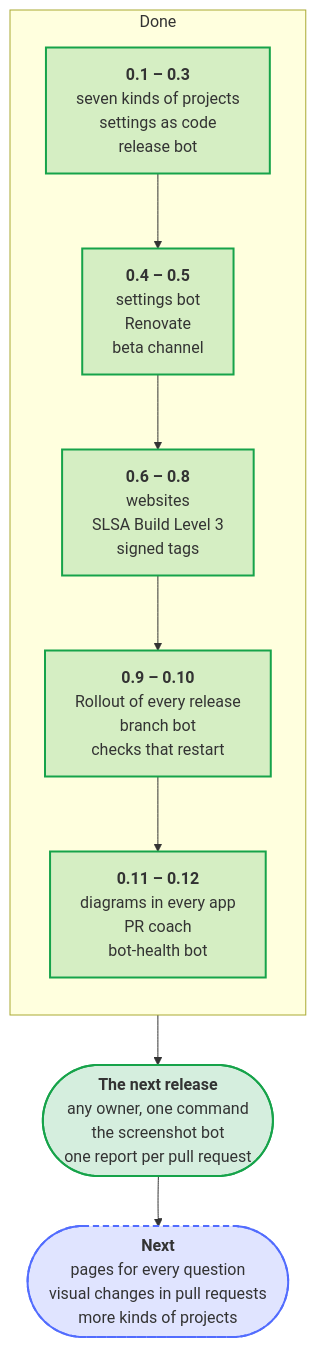
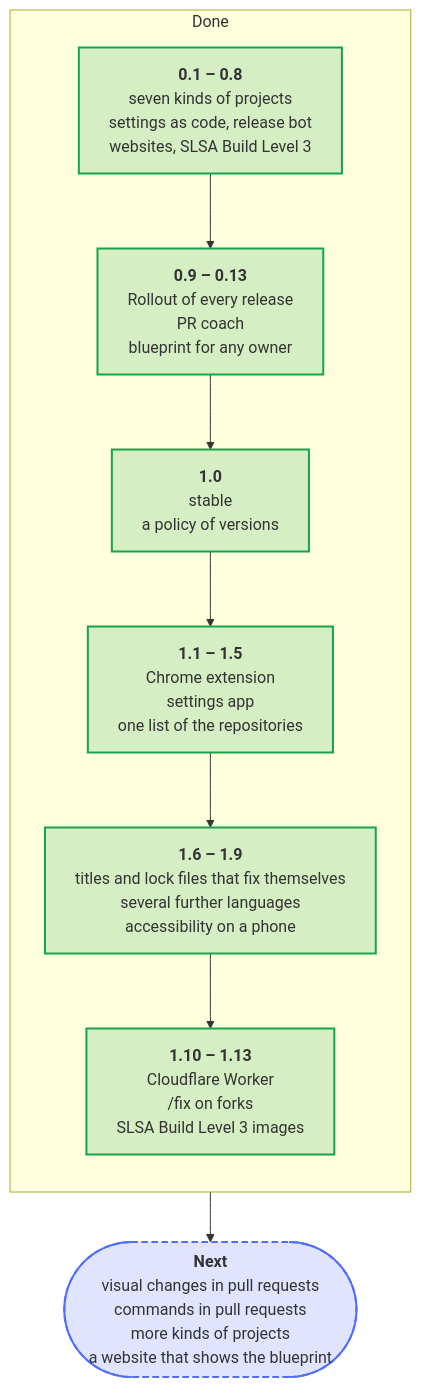
The diagram in docs/diagrams/the-larger-steps-of-the-blueprint.mmd (Dennis-Otto/repo-blueprint), drawn with Mermaid before and after one commit. The commit also changed 4 other files, not shown here.

First line of the commit message:
docs: the roadmap shows what 1.0 to 1.13 brought and what comes next (#709)

```diff
--- a/docs/diagrams/the-larger-steps-of-the-blueprint.mmd
+++ b/docs/diagrams/the-larger-steps-of-the-blueprint.mmd
@@ -1,27 +1,27 @@
 ---
 config:
   flowchart:
     wrappingWidth: 400
 ---
 flowchart TB
     accTitle: The larger steps of the blueprint
-    accDescr: 0.1 to 0.3 brought seven kinds of projects, the settings as code and the release bot; 0.4 and 0.5 the settings bot, Renovate and the beta channel; 0.6 to 0.8 the websites, SLSA Build Level 3 and signed tags; 0.9 and 0.10 the Rollout of every release, the branch bot and checks that get going again; 0.11 and 0.12 the diagrams that every app shows, the PR coach and the bot-health bot. The next release brings the blueprint for any owner, the screenshot bot and one report on every pull request; next come pages for every question, visual changes in pull requests and more kinds of projects.
+    accDescr: 0.1 to 0.8 brought seven kinds of projects, the settings as code, the release bot, the websites and SLSA Build Level 3; 0.9 to 0.13 the Rollout of every release, the PR coach and the blueprint for any owner; 1.0 made it stable, with a policy of versions; 1.1 to 1.5 brought the Chrome extension, the settings app and one list of the repositories; 1.6 to 1.9 titles and lock files that fix themselves, several further languages and the accessibility check at the width of a phone; 1.10 to 1.13 the Cloudflare Worker, /fix on forks and container images at SLSA Build Level 3. Next come visual changes and commands in pull requests, more kinds of projects and a website that shows the blueprint.
 
     subgraph done ["Done"]
         direction TB
-        early["`**0.1 – 0.3**<br>seven kinds of projects<br>settings as code<br>release bot`"]
-        middle["`**0.4 – 0.5**<br>settings bot<br>Renovate<br>beta channel`"]
-        late["`**0.6 – 0.8**<br>websites<br>SLSA Build Level 3<br>signed tags`"]
-        rollout["`**0.9 – 0.10**<br>Rollout of every release<br>branch bot<br>checks that restart`"]
-        recent["`**0.11 – 0.12**<br>diagrams in every app<br>PR coach<br>bot-health bot`"]
-        early --> middle --> late --> rollout --> recent
+        early["`**0.1 – 0.8**<br>seven kinds of projects<br>settings as code, release bot<br>websites, SLSA Build Level 3`"]
+        rollout["`**0.9 – 0.13**<br>Rollout of every release<br>PR coach<br>blueprint for any owner`"]
+        stable["`**1.0**<br>stable<br>a policy of versions`"]
+        kinds["`**1.1 – 1.5**<br>Chrome extension<br>settings app<br>one list of the repositories`"]
+        heal["`**1.6 – 1.9**<br>titles and lock files that fix themselves<br>several further languages<br>accessibility on a phone`"]
+        latest["`**1.10 – 1.13**<br>Cloudflare Worker<br>/fix on forks<br>SLSA Build Level 3 images`"]
+        early --> rollout --> stable --> kinds --> heal --> latest
     end
 
-    soon(["`**The next release**<br>any owner, one command<br>the screenshot bot<br>one report per pull request`"])
-    next(["`**Next**<br>pages for every question<br>visual changes in pull requests<br>more kinds of projects`"])
-    done --> soon --> next
+    next(["`**Next**<br>visual changes in pull requests<br>commands in pull requests<br>more kinds of projects<br>a website that shows the blueprint`"])
+    done --> next
 
     classDef done fill:#16a34a2e,stroke:#16a34a,stroke-width:2px
     classDef plan fill:#526cfe2e,stroke:#526cfe,stroke-width:2px,stroke-dasharray:6 4
-    class early,middle,late,rollout,recent,soon done
+    class early,rollout,stable,kinds,heal,latest done
     class next plan
```
